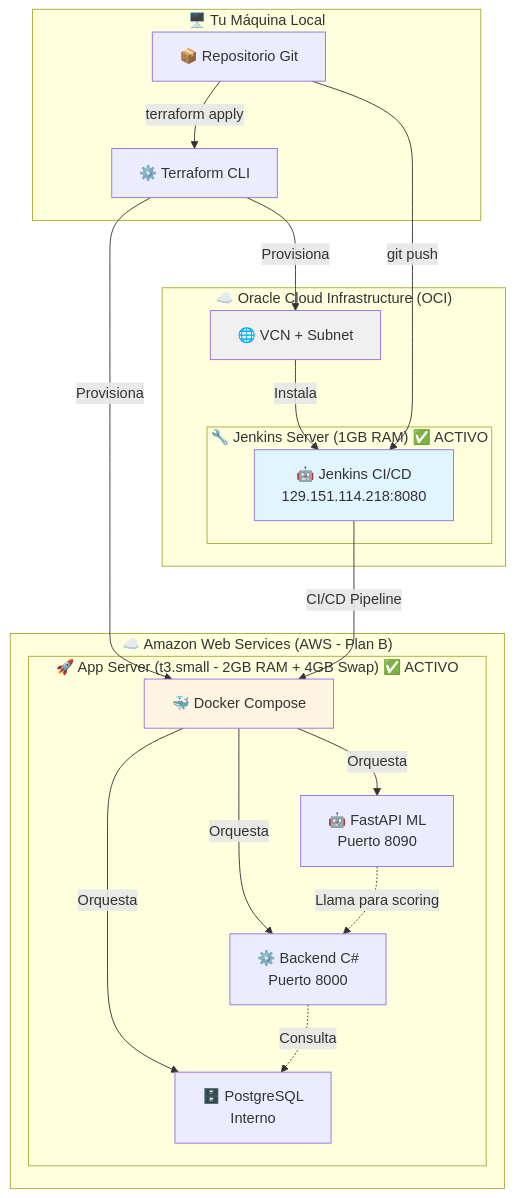
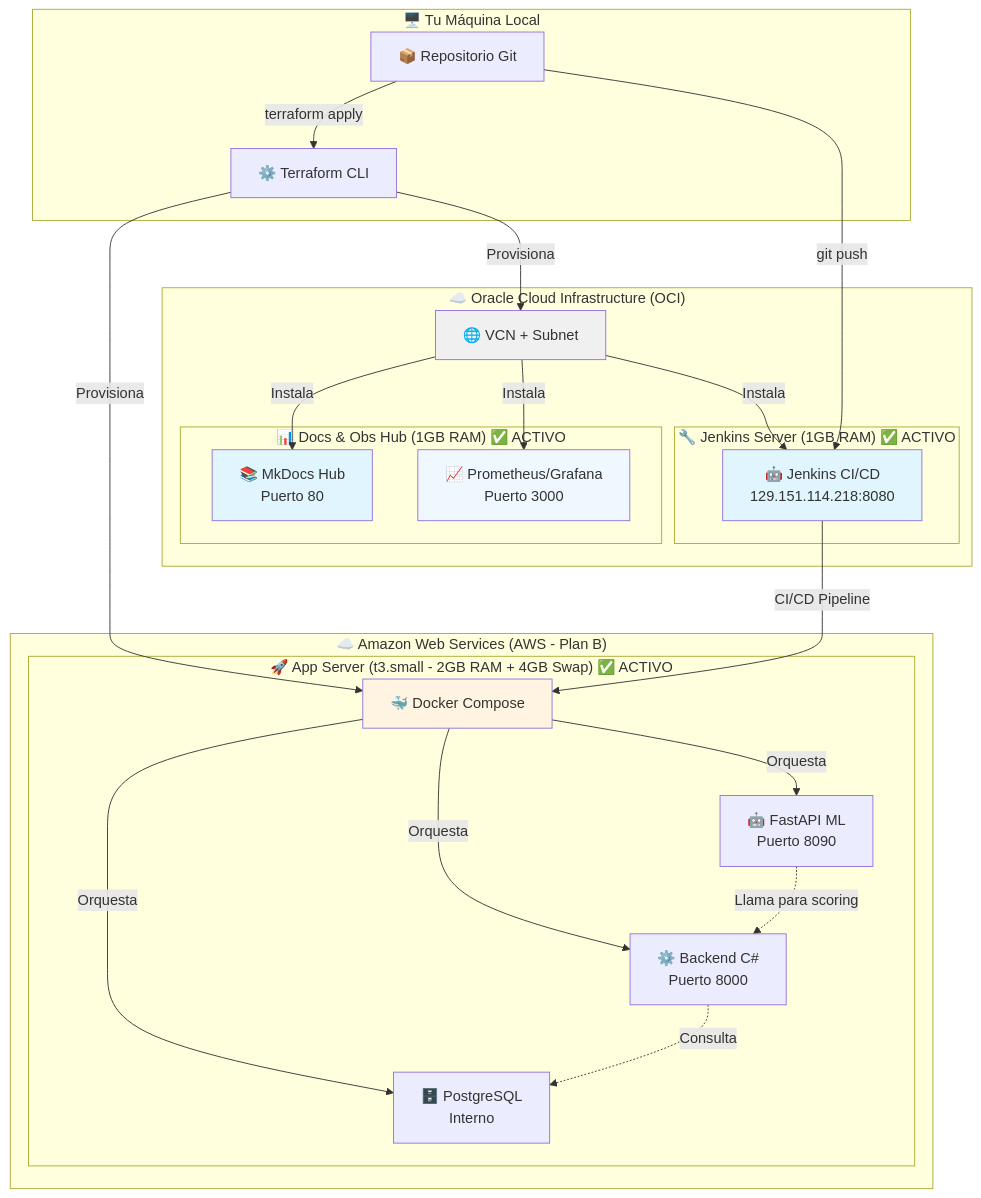
The first of 2 diagrams in infrastructure/README.md (No-Country-simulation/S02-26-Equipo-48--EquineLead), drawn with Mermaid before and after one commit. The commit also changed other lines of this file and 3 other files, not shown here.

````diff
--- a/infrastructure/README.md
+++ b/infrastructure/README.md
@@ -16,39 +16,47 @@
 ```mermaid
 graph TB
     subgraph "🖥️ Tu Máquina Local"
         REPO[📦 Repositorio Git]
         TERRAFORM[⚙️ Terraform CLI]
     end
 
     subgraph "☁️ Oracle Cloud Infrastructure (OCI)"
         subgraph "🔧 Jenkins Server (1GB RAM) ✅ ACTIVO"
             JENKINS["🤖 Jenkins CI/CD\n129.151.114.218:8080"]
+        end
+        subgraph "📊 Docs & Obs Hub (1GB RAM) ✅ ACTIVO"
+            MKDOCS["📚 MkDocs Hub\nPuerto 80"]
+            PROM["📈 Prometheus/Grafana\nPuerto 3000"]
         end
         VCN[🌐 VCN + Subnet]
     end
 
     subgraph "☁️ Amazon Web Services (AWS - Plan B)"
         subgraph "🚀 App Server (t3.small - 2GB RAM + 4GB Swap) ✅ ACTIVO"
             DOCKER_COMPOSE[🐳 Docker Compose]
             BACKEND["⚙️ Backend C#\nPuerto 8000"]
             FASTAPI["🤖 FastAPI ML\nPuerto 8090"]
             DB["🗄️ PostgreSQL\nInterno"]
         end
     end
 
     REPO -->|terraform apply| TERRAFORM
     TERRAFORM -->|Provisiona| VCN
     VCN -->|Instala| JENKINS
+    VCN -->|Instala| MKDOCS
+    VCN -->|Instala| PROM
     TERRAFORM -->|Provisiona| DOCKER_COMPOSE
     REPO -->|git push| JENKINS
     JENKINS -->|CI/CD Pipeline| DOCKER_COMPOSE
     DOCKER_COMPOSE -->|Orquesta| BACKEND
     DOCKER_COMPOSE -->|Orquesta| FASTAPI
     DOCKER_COMPOSE -->|Orquesta| DB
     BACKEND -.->|Consulta| DB
     FASTAPI -.->|Llama para scoring| BACKEND
 
     style JENKINS fill:#e1f5ff
+    style MKDOCS fill:#e1f5ff
+    style PROM fill:#f0f8ff
     style DOCKER_COMPOSE fill:#fff4e1
     style VCN fill:#f0f0f0
 ```
````
